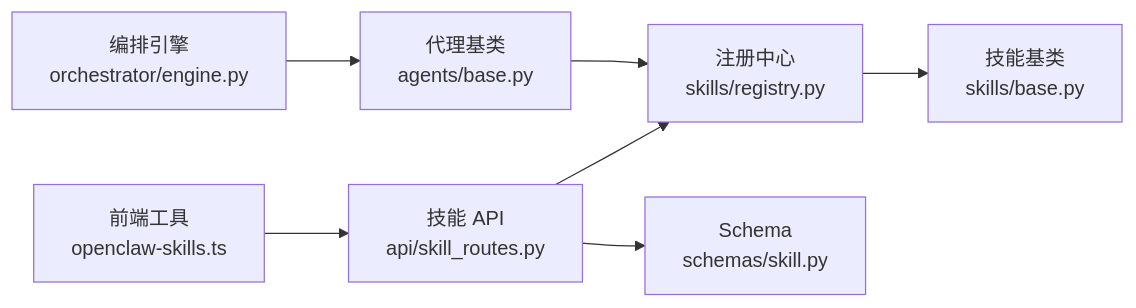
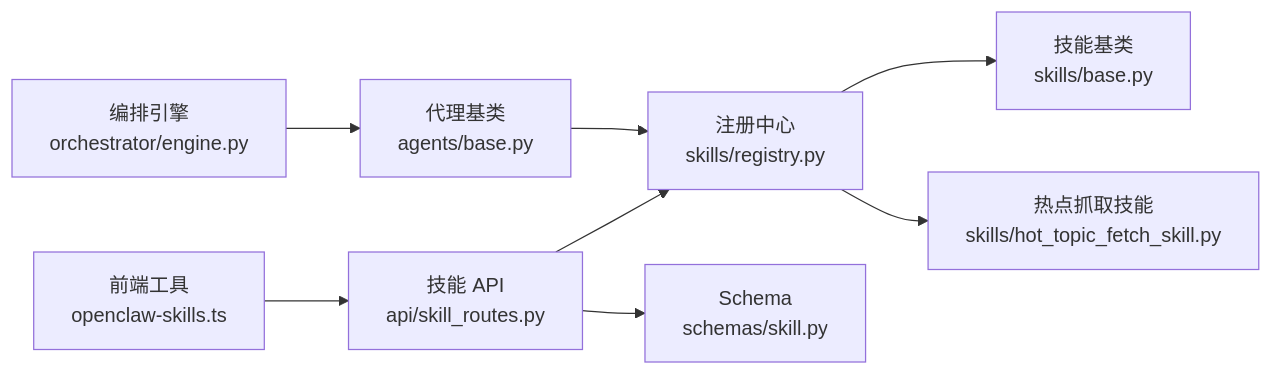
Before and after one commit to sansansansansan2022-web/hotclaw: the eighth of 8 diagrams in .qoder/repowiki/zh/content/技能系统/技能系统.md, drawn with Mermaid. The commit also changed other lines of this file and 44 other files, not shown here.

````diff
--- a/.qoder/repowiki/zh/content/技能系统/技能系统.md
+++ b/.qoder/repowiki/zh/content/技能系统/技能系统.md
@@ -291,9 +392,10 @@
 ```mermaid
 graph LR
 API["技能 API<br/>api/skill_routes.py"] --> REG["注册中心<br/>skills/registry.py"]
 API --> SCH["Schema<br/>schemas/skill.py"]
 REG --> BASE["技能基类<br/>skills/base.py"]
+REG --> HTFS["热点抓取技能<br/>skills/hot_topic_fetch_skill.py"]
 ORCH["编排引擎<br/>orchestrator/engine.py"] --> AGENT["代理基类<br/>agents/base.py"]
 AGENT --> REG
 FE["前端工具<br/>openclaw-skills.ts"] --> API
 ```
````
